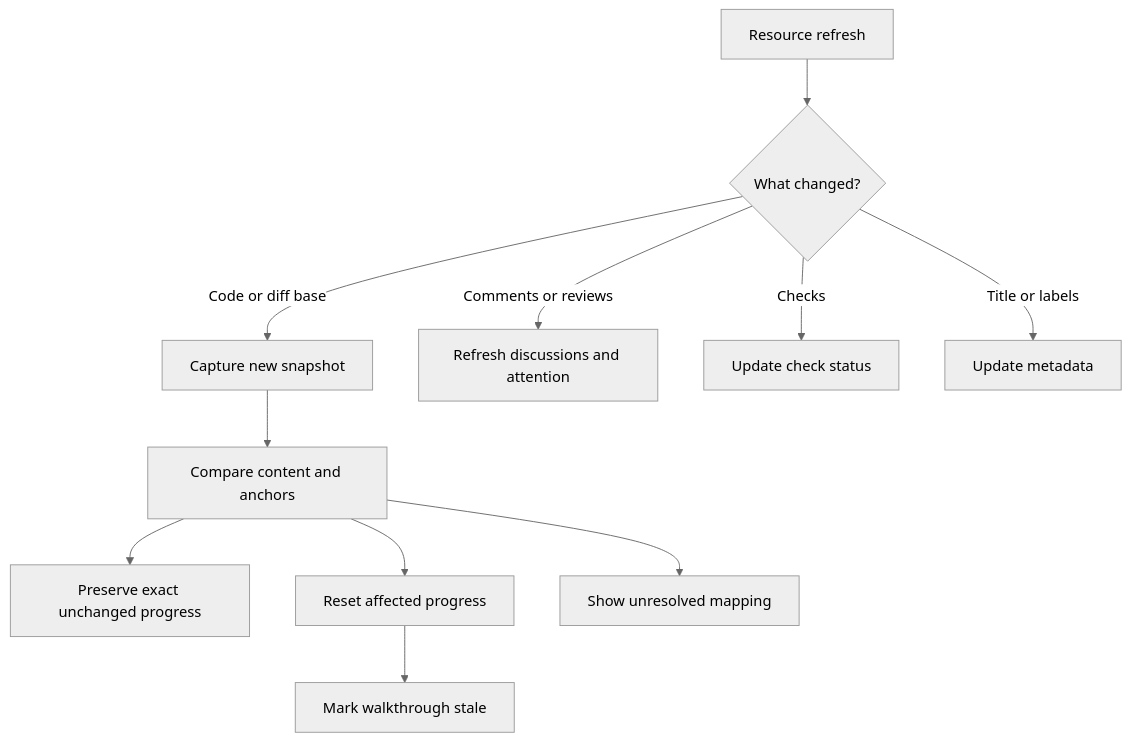
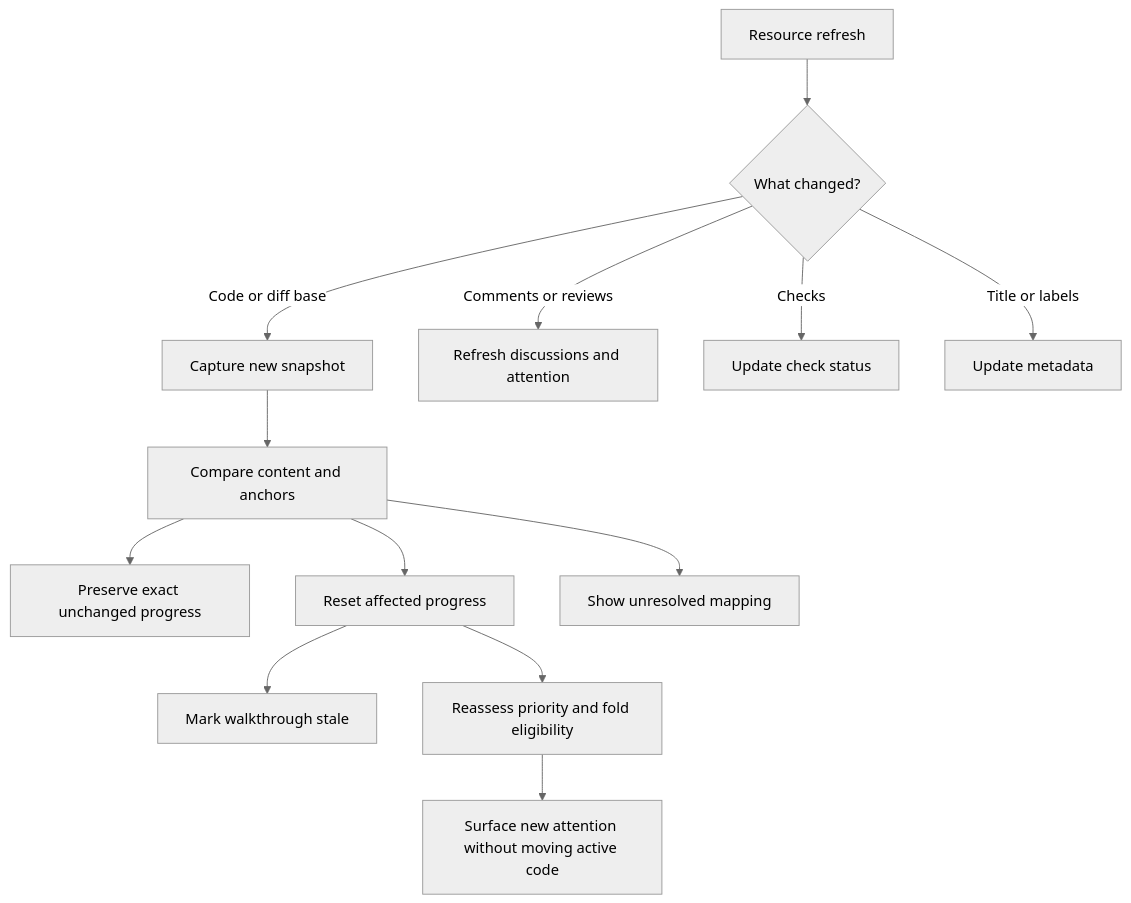
The diagram in docs/plans/initial-product/06-review-updates.md (crs48/diffcity), drawn with Mermaid (neutral theme) before and after one commit. The commit also changed other lines of this file and 12 other files, not shown here.

````diff
--- a/docs/plans/initial-product/06-review-updates.md
+++ b/docs/plans/initial-product/06-review-updates.md
@@ -21,13 +23,15 @@
 ```mermaid
 flowchart TD
   Refresh[Resource refresh] --> Kind{What changed?}
   Kind -->|Code or diff base| New[Capture new snapshot]
   New --> Map[Compare content and anchors]
   Map --> Exact[Preserve exact unchanged progress]
   Map --> Affected[Reset affected progress]
   Map --> Uncertain[Show unresolved mapping]
   Kind -->|Comments or reviews| Threads[Refresh discussions and attention]
   Kind -->|Checks| Checks[Update check status]
   Kind -->|Title or labels| Metadata[Update metadata]
   Affected --> Guide[Mark walkthrough stale]
+  Affected --> Attention[Reassess priority and fold eligibility]
+  Attention --> Notice[Surface new attention without moving active code]
 ```
````
